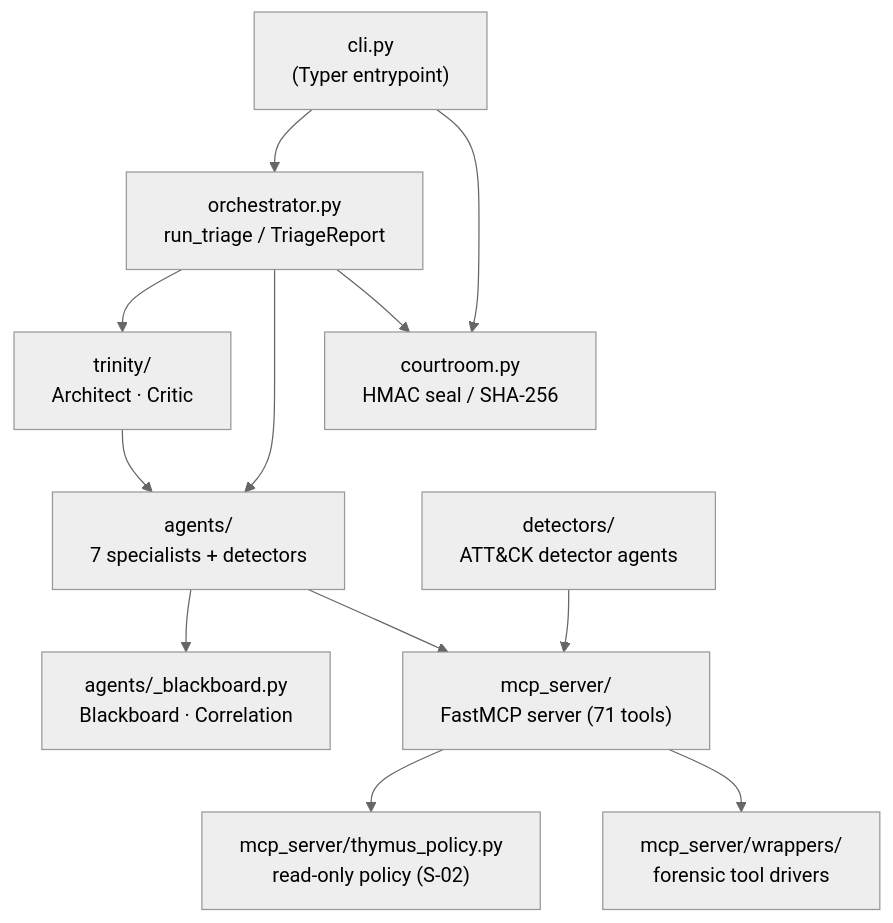
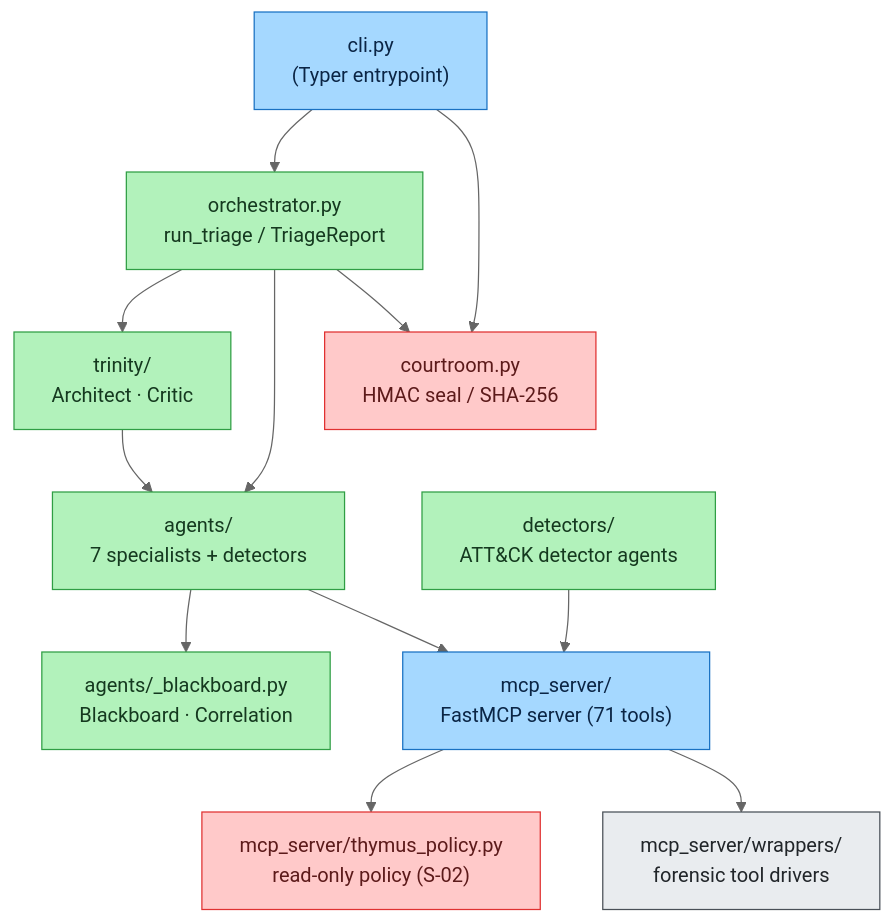
Before and after one commit to galvangabriel-web/agentropix-mcp: the diagram in docs/07-sdlc-ops/implementation.md, drawn with Mermaid (neutral theme). The commit also changed 20 other files, not shown here.

First line of the commit message:
Diagram readability pass (workflow): redesign diagrams for size/clarity + audit log

````diff
--- a/docs/07-sdlc-ops/implementation.md
+++ b/docs/07-sdlc-ops/implementation.md
@@ -25,25 +25,36 @@
 ```mermaid
 graph TD
     CLI["cli.py<br/>(Typer entrypoint)"]
     ORCH["orchestrator.py<br/>run_triage / TriageReport"]
     TRIN["trinity/<br/>Architect · Critic"]
     AG["agents/<br/>7 specialists + detectors"]
     BB["agents/_blackboard.py<br/>Blackboard · Correlation"]
     MCP["mcp_server/<br/>FastMCP server (71 tools)"]
     THY["mcp_server/thymus_policy.py<br/>read-only policy (S-02)"]
     WRAP["mcp_server/wrappers/<br/>forensic tool drivers"]
     COURT["courtroom.py<br/>HMAC seal / SHA-256"]
     DET["detectors/<br/>ATT&CK detector agents"]
 
     CLI --> ORCH
     ORCH --> TRIN
     ORCH --> AG
     TRIN --> AG
     AG --> BB
     AG --> MCP
     DET --> MCP
     MCP --> THY
     MCP --> WRAP
     CLI --> COURT
     ORCH --> COURT
+
+    classDef api fill:#a5d8ff,stroke:#1971c2,color:#0b2545
+    classDef core fill:#b2f2bb,stroke:#2f9e44,color:#15391f
+    classDef gov fill:#ffc9c9,stroke:#e03131,color:#5c1a1a
+    classDef ext fill:#e9ecef,stroke:#495057,color:#212529
+
+    class CLI api
+    class ORCH,TRIN,AG,BB,DET core
+    class MCP api
+    class WRAP ext
+    class THY,COURT gov
 ```
````
